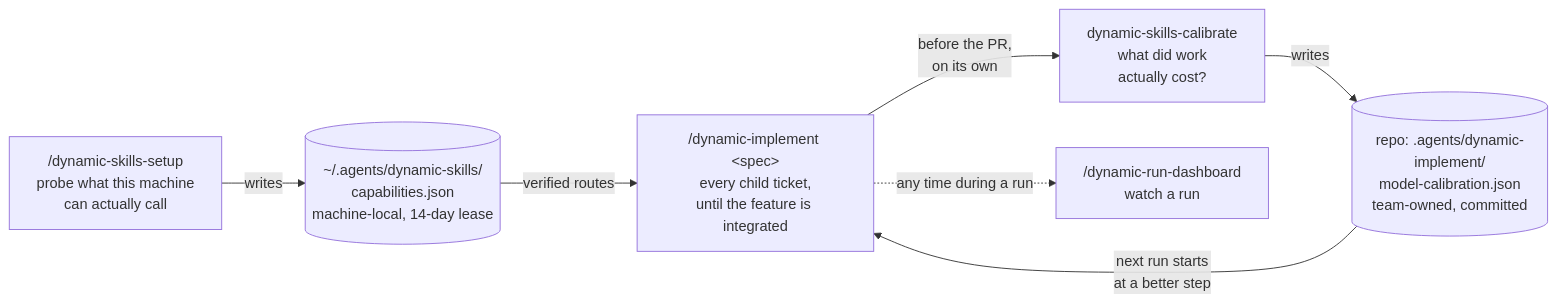
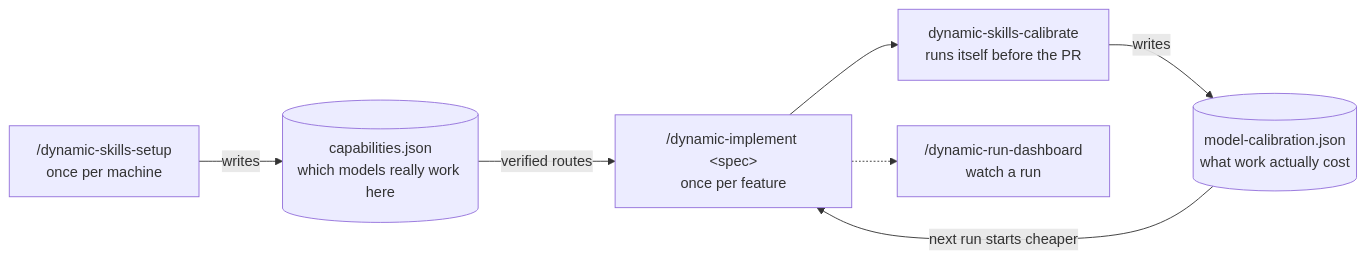
One commit to phassle/skills changed the first of 2 diagrams in README.md. Above: the diagram before and after it, drawn with Mermaid. The commit also changed other lines of this file, not shown here.

````diff
--- a/README.md
+++ b/README.md
@@ -71,16 +48,16 @@
 ```mermaid
 flowchart LR
-  S["/dynamic-skills-setup<br/>probe what this machine<br/>can actually call"]
-  P[("~/.agents/dynamic-skills/<br/>capabilities.json<br/>machine-local, 14-day lease")]
-  I["/dynamic-implement &lt;spec&gt;<br/>every child ticket,<br/>until the feature is integrated"]
-  C["dynamic-skills-calibrate<br/>what did work<br/>actually cost?"]
-  K[("repo: .agents/dynamic-implement/<br/>model-calibration.json<br/>team-owned, committed")]
+  S["/dynamic-skills-setup<br/>once per machine"]
+  P[("capabilities.json<br/>which models really work here")]
+  I["/dynamic-implement &lt;spec&gt;<br/>once per feature"]
+  C["dynamic-skills-calibrate<br/>runs itself before the PR"]
+  K[("model-calibration.json<br/>what work actually cost")]
   D["/dynamic-run-dashboard<br/>watch a run"]
 
   S -->|writes| P
   P -->|"verified routes"| I
-  I -->|"before the PR,<br/>on its own"| C
+  I --> C
   C -->|writes| K
-  K -->|"next run starts<br/>at a better step"| I
-  I -.->|"any time during a run"| D
+  K -->|"next run starts cheaper"| I
+  I -.-> D
 ```
````
